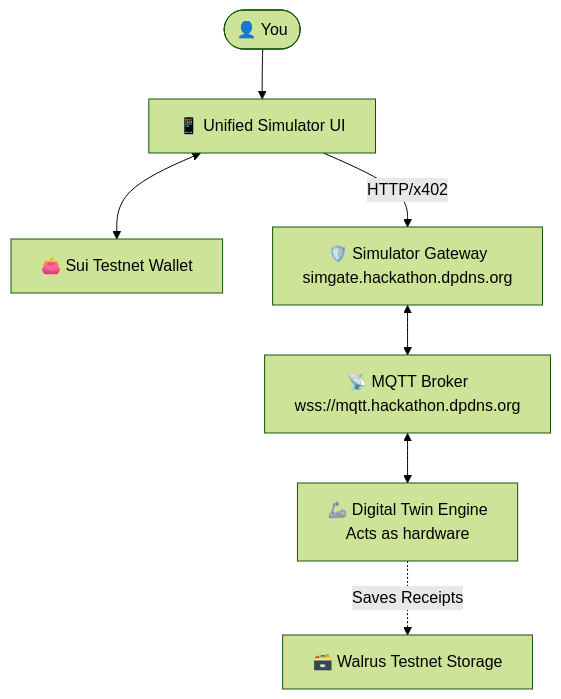
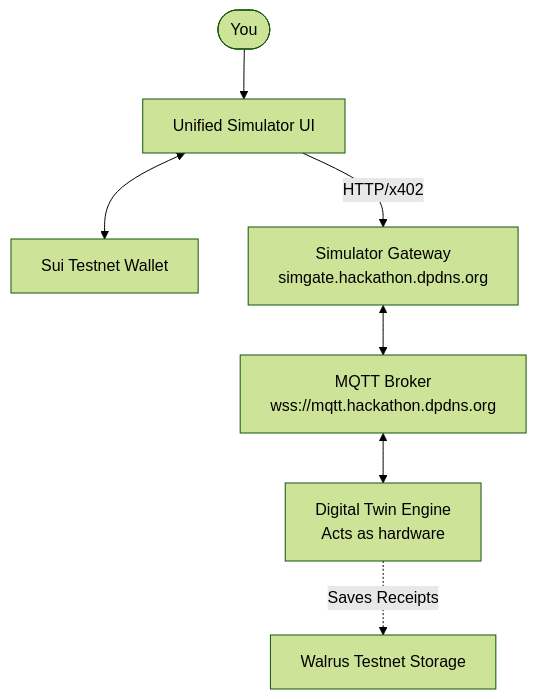
The diagram in SIMULATOR.md (altaga/Aether), drawn with Mermaid (forest theme) before and after one commit. The commit also changed other lines of this file and 2 other files, not shown here.

````diff
--- a/SIMULATOR.md
+++ b/SIMULATOR.md
@@ -29,13 +29,13 @@
 ```mermaid
 graph TD
-    User([👤 You]) --> DApp[📱 Unified Simulator UI]
-    DApp <--> Wallet[👛 Sui Testnet Wallet]
+    User([You]) --> DApp[Unified Simulator UI]
+    DApp <--> Wallet[Sui Testnet Wallet]
     
-    DApp -- "HTTP/x402" --> Gateway[🛡️ Simulator Gateway<br>simgate.hackathon.dpdns.org]
+    DApp -- "HTTP/x402" --> Gateway[Simulator Gateway<br>simgate.hackathon.dpdns.org]
     
-    Gateway <--> Broker[📡 MQTT Broker<br>wss://mqtt.hackathon.dpdns.org]
+    Gateway <--> Broker[MQTT Broker<br>wss://mqtt.hackathon.dpdns.org]
     
-    Broker <--> Twin[🦾 Digital Twin Engine<br>Acts as hardware]
+    Broker <--> Twin[Digital Twin Engine<br>Acts as hardware]
     
-    Twin -. "Saves Receipts" .-> Walrus[🗃️ Walrus Testnet Storage]
+    Twin -. "Saves Receipts" .-> Walrus[Walrus Testnet Storage]
 ```
````
